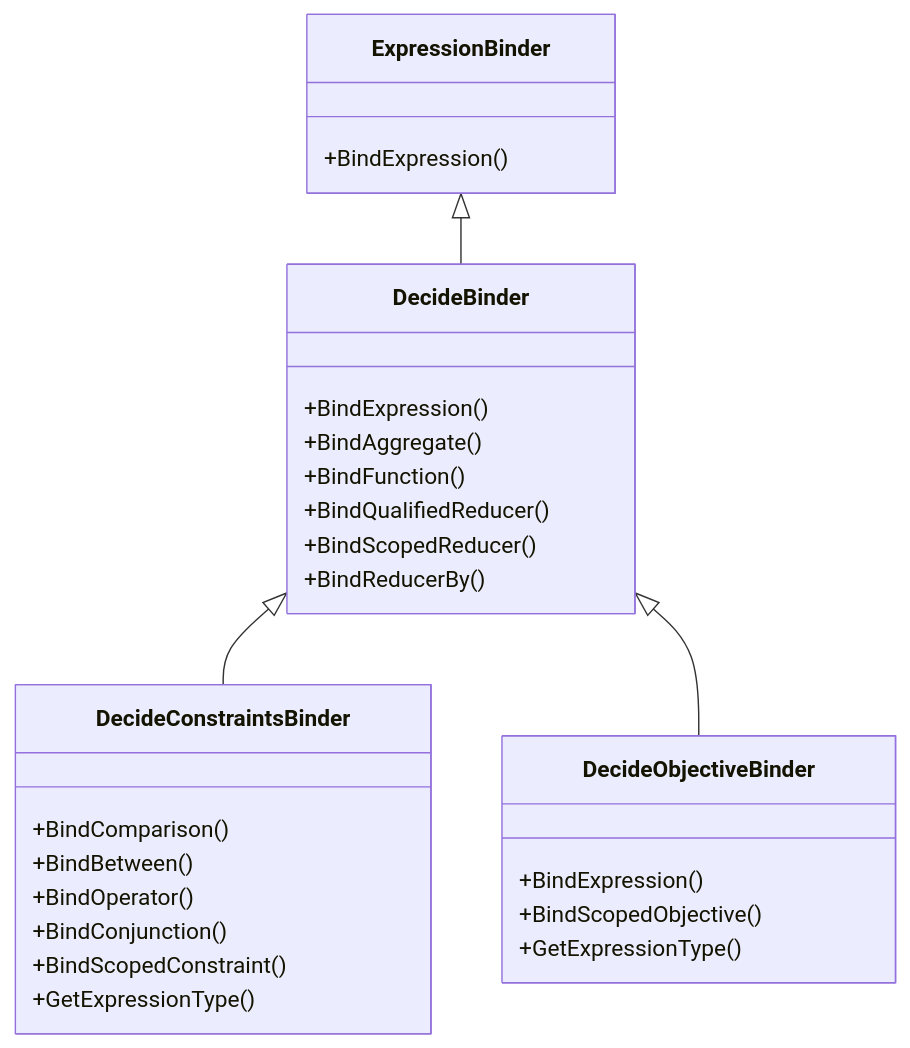
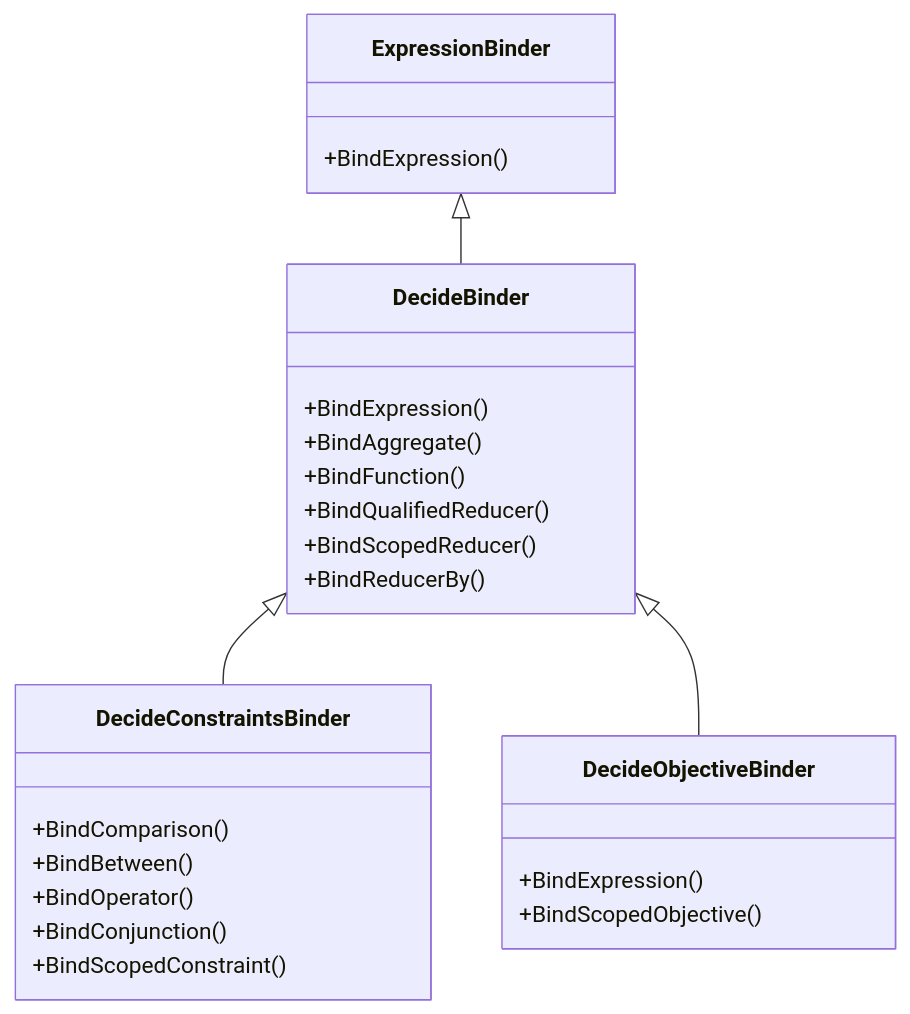
One commit to huda-lab/decidb changed the first of 2 diagrams in context/docs/pipeline/code_structure.md. Above: the diagram before and after it, drawn with Mermaid. The commit also changed other lines of this file and 14 other files, not shown here.

````diff
--- a/context/docs/pipeline/code_structure.md
+++ b/context/docs/pipeline/code_structure.md
@@ -130,31 +130,29 @@
 ```mermaid
 classDiagram
     class ExpressionBinder {
         +BindExpression()
     }
     class DecideBinder {
         +BindExpression()
         +BindAggregate()
         +BindFunction()
         +BindQualifiedReducer()
         +BindScopedReducer()
         +BindReducerBy()
     }
     class DecideConstraintsBinder {
         +BindComparison()
         +BindBetween()
         +BindOperator()
         +BindConjunction()
         +BindScopedConstraint()
-        +GetExpressionType()
     }
     class DecideObjectiveBinder {
         +BindExpression()
         +BindScopedObjective()
-        +GetExpressionType()
     }
 
     ExpressionBinder <|-- DecideBinder
     DecideBinder <|-- DecideConstraintsBinder
     DecideBinder <|-- DecideObjectiveBinder
 ```
````
